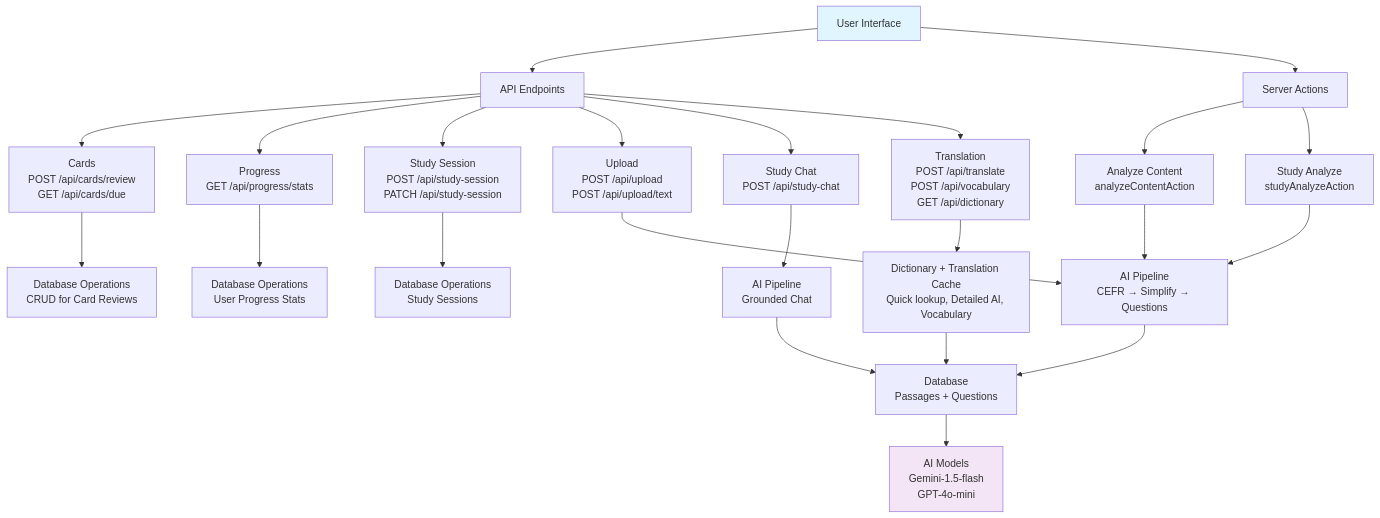
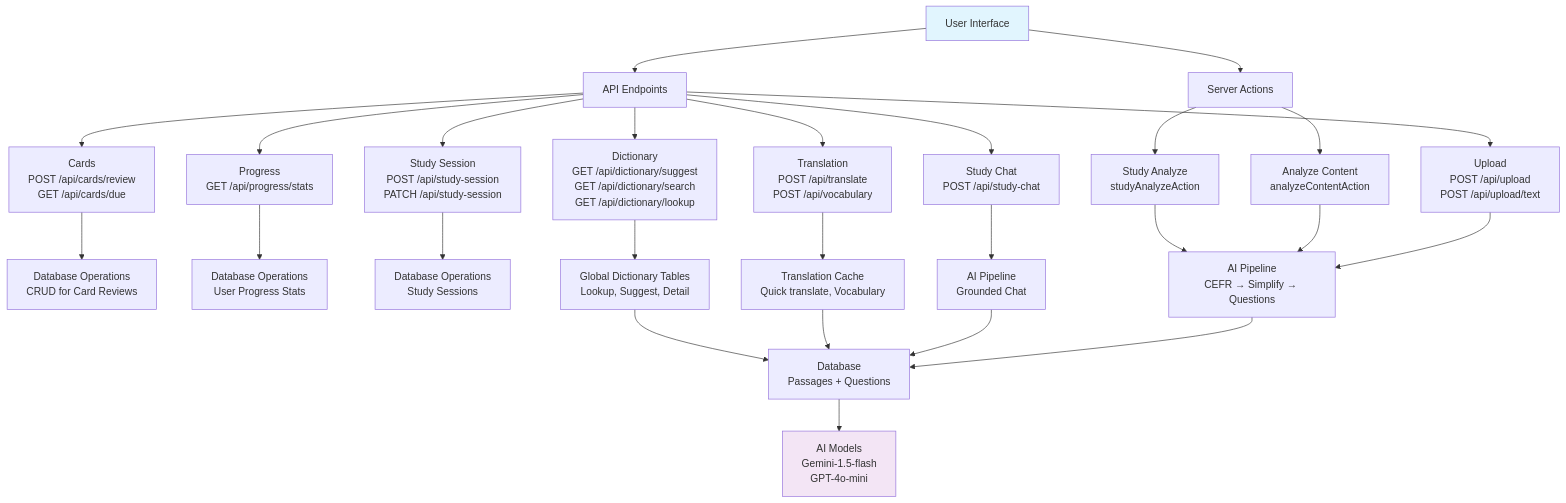
The diagram in docs/API/overview.md (BoneTheDeveloper/ReadingPro), drawn with Mermaid before and after one commit. The commit also changed other lines of this file and 121 other files, not shown here.

````diff
--- a/docs/API/overview.md
+++ b/docs/API/overview.md
@@ -3,33 +3,36 @@
 ```mermaid
 flowchart TD
     A[User Interface] --> B[API Endpoints]
     A --> C[Server Actions]
     
     B --> D[Cards<br>POST /api/cards/review<br>GET /api/cards/due]
     B --> E[Progress<br>GET /api/progress/stats]
     B --> F[Study Session<br>POST /api/study-session<br>PATCH /api/study-session]
     B --> G[Upload<br>POST /api/upload<br>POST /api/upload/text]
     B --> H[Study Chat<br>POST /api/study-chat]
-    B --> R[Translation<br>POST /api/translate<br>POST /api/vocabulary<br>GET /api/dictionary]
+    B --> R[Translation<br>POST /api/translate<br>POST /api/vocabulary]
+    B --> T[Dictionary<br>GET /api/dictionary/suggest<br>GET /api/dictionary/search<br>GET /api/dictionary/lookup]
     
     C --> I[Analyze Content<br>analyzeContentAction]
     C --> J[Study Analyze<br>studyAnalyzeAction]
     
     D --> K[Database Operations<br>CRUD for Card Reviews]
     E --> L[Database Operations<br>User Progress Stats]
     F --> M[Database Operations<br>Study Sessions]
     G --> N[AI Pipeline<br>CEFR → Simplify → Questions]
     H --> O[AI Pipeline<br>Grounded Chat]
-    R --> S[Dictionary + Translation Cache<br>Quick lookup, Detailed AI, Vocabulary]
+    R --> S[Translation Cache<br>Quick translate, Vocabulary]
+    T --> U[Global Dictionary Tables<br>Lookup, Suggest, Detail]
     I --> N
     J --> N
     
     N --> P[Database<br>Passages + Questions]
     O --> P
     S --> P
+    U --> P
     
     P --> Q[AI Models<br>Gemini-1.5-flash<br>GPT-4o-mini]
     
     style A fill:#e1f5fe
     style Q fill:#f3e5f5
 ```
````
